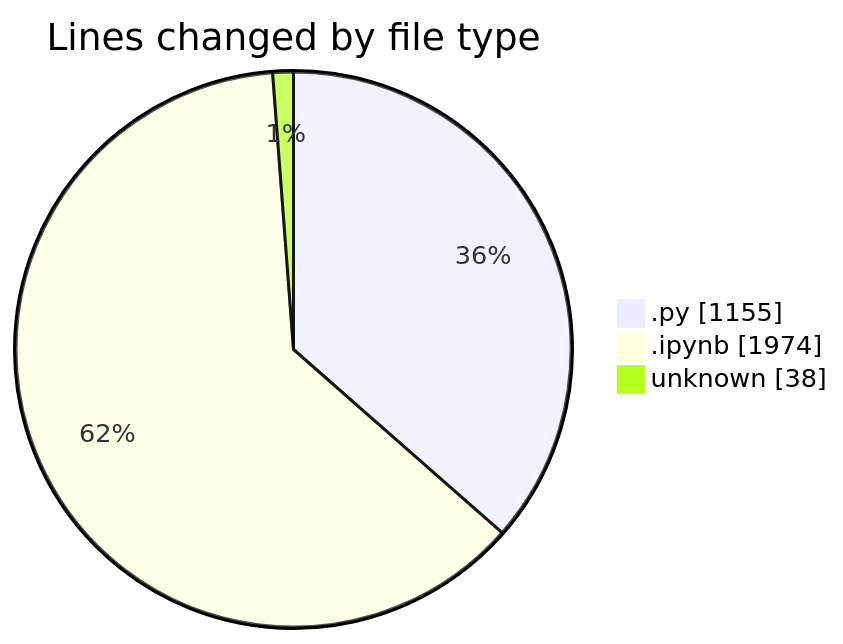
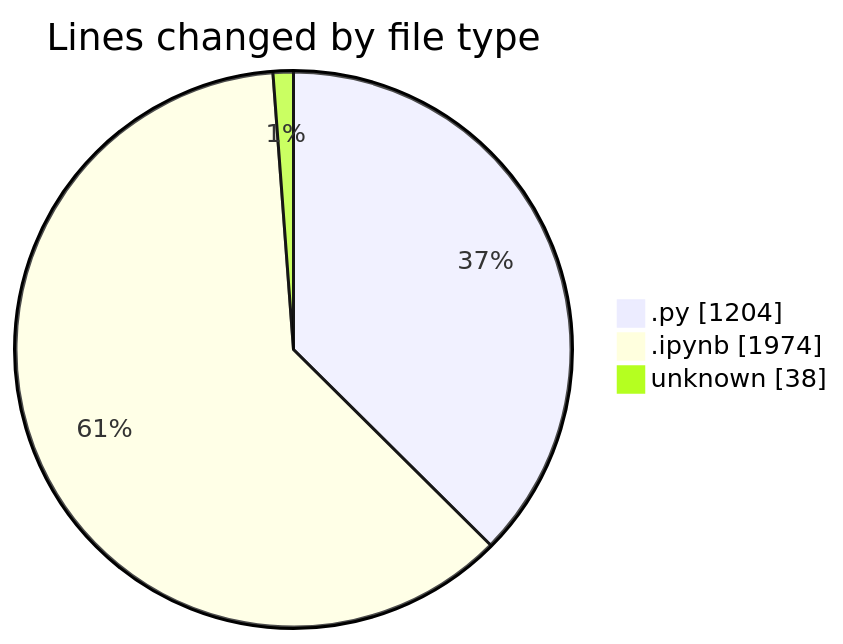
One commit to MatusMokan/code-tracking changed the first of 2 diagrams in 2025-03-21/myws__workspace_/README.md. Above: the diagram before and after it, drawn with Mermaid. The commit also changed other lines of this file and 1 other file, not shown here.

````diff
--- a/2025-03-21/myws__workspace_/README.md
+++ b/2025-03-21/myws__workspace_/README.md
@@ -23,7 +23,7 @@
 ```mermaid
 pie showData
 title Lines changed by file type
-".py" : 1155
+".py" : 1204
 ".ipynb" : 1974
 "unknown" : 38
 ```
````
